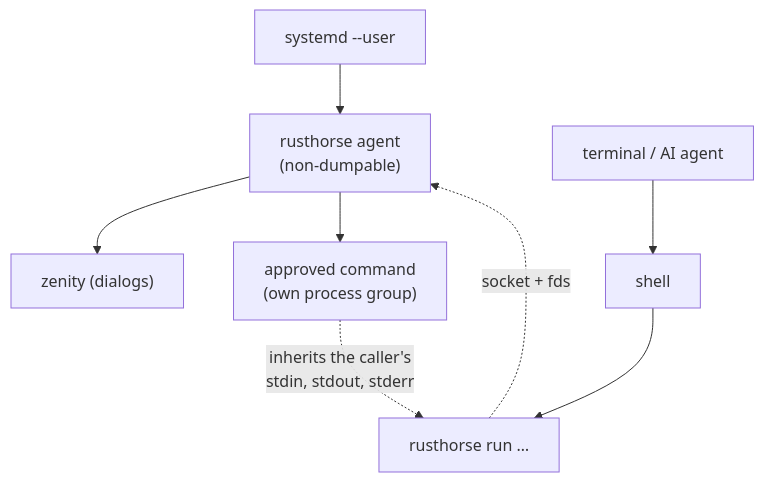
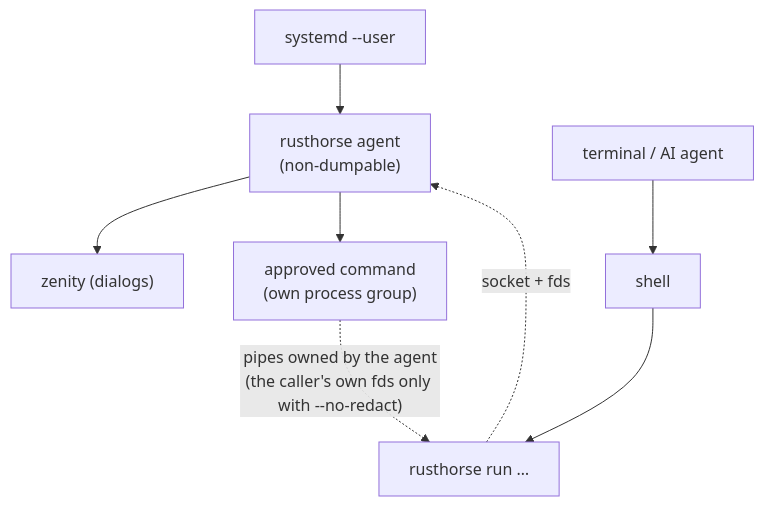
One commit to Alle4you/rusthorse changed the second of 3 diagrams in docs/architecture.md. Above: the diagram before and after it, drawn with Mermaid. The commit also changed other lines of this file and 9 other files, not shown here.

````diff
--- a/docs/architecture.md
+++ b/docs/architecture.md
@@ -49,9 +49,9 @@
 ```mermaid
 flowchart TB
     systemd["systemd --user"] --> agent["rusthorse agent<br/>(non-dumpable)"]
     agent --> zenity["zenity (dialogs)"]
     agent --> cmd["approved command<br/>(own process group)"]
     terminal["terminal / AI agent"] --> shell["shell"] --> cli["rusthorse run …"]
     cli -. "socket + fds" .-> agent
-    cmd -. "inherits the caller's<br/>stdin, stdout, stderr" .-> cli
+    cmd -. "pipes owned by the agent<br/>(the caller's own fds only with --no-redact)" .-> cli
 ```
````
